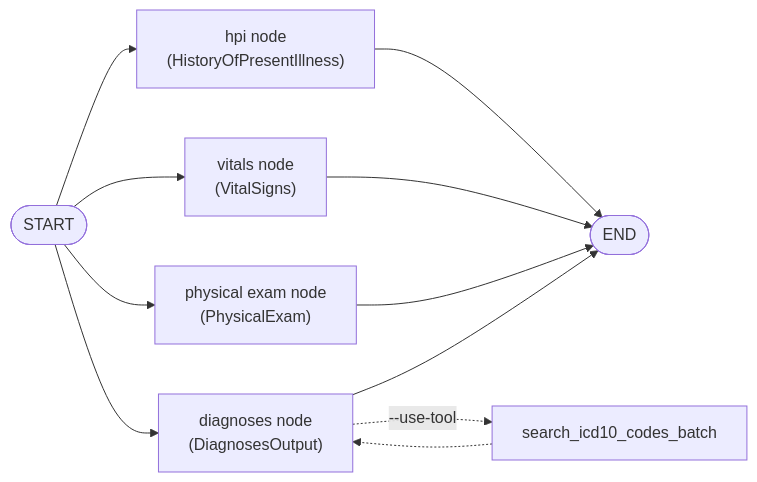
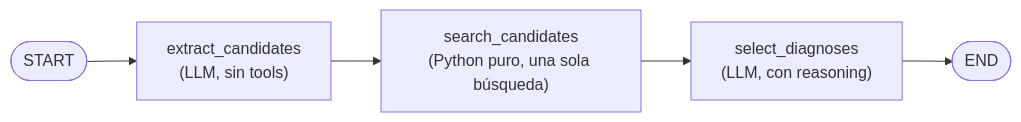
Before and after one commit to nroldanf/agentic-evaluation-workshop: the second of 2 diagrams in README.md, drawn with Mermaid. The commit also changed other lines of this file and 2 other files, not shown here.

First line of the commit message:
refactor(agent): drop parallel graph execution, document --deterministic

````diff
--- a/README.md
+++ b/README.md
@@ -46,13 +51,7 @@
 ```mermaid
 flowchart LR
-    S([START]) --> H["hpi node<br/>(HistoryOfPresentIllness)"]
-    S --> V["vitals node<br/>(VitalSigns)"]
-    S --> P["physical exam node<br/>(PhysicalExam)"]
-    S --> D["diagnoses node<br/>(DiagnosesOutput)"]
-    H --> E([END])
-    V --> E
-    P --> E
-    D --> E
-    D -.->|"--use-tool"| T["search_icd10_codes_batch"]
-    T -.-> D
+    S([START]) --> EC["extract_candidates<br/>(LLM, sin tools)"]
+    EC --> SC["search_candidates<br/>(Python puro, una sola búsqueda)"]
+    SC --> SD["select_diagnoses<br/>(LLM, con reasoning)"]
+    SD --> E([END])
 ```
````
